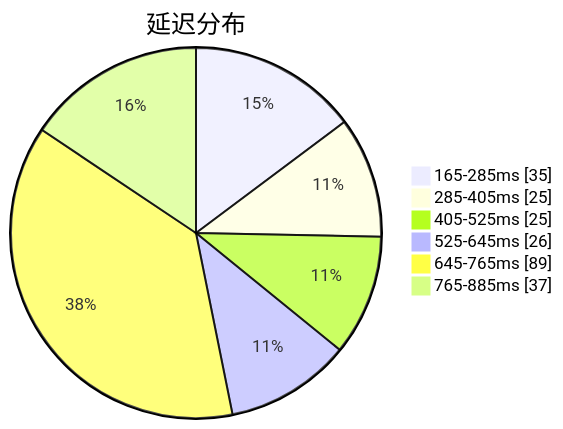
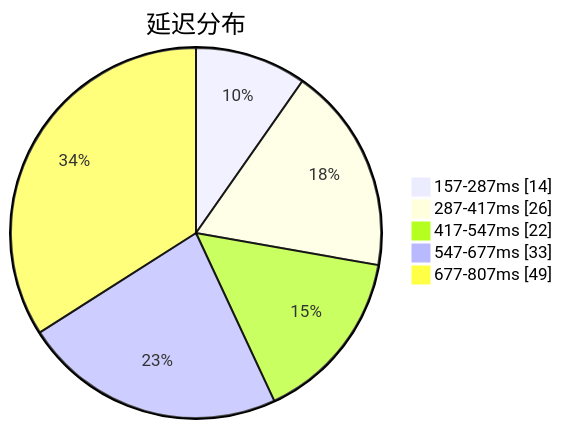
Before and after one commit to qjlxg/airport: the first of 3 diagrams in subs/statistics/tested_within.md, drawn with Mermaid. The commit also changed other lines of this file and 2 other files, not shown here.

````diff
--- a/subs/statistics/tested_within.md
+++ b/subs/statistics/tested_within.md
@@ -2,10 +2,9 @@
 ```mermaid
 pie showData
 title 延迟分布
-"165-285ms" : 35
-"285-405ms" : 25
-"405-525ms" : 25
-"525-645ms" : 26
-"645-765ms" : 89
-"765-885ms" : 37
+"157-287ms" : 14
+"287-417ms" : 26
+"417-547ms" : 22
+"547-677ms" : 33
+"677-807ms" : 49
 ```
````
